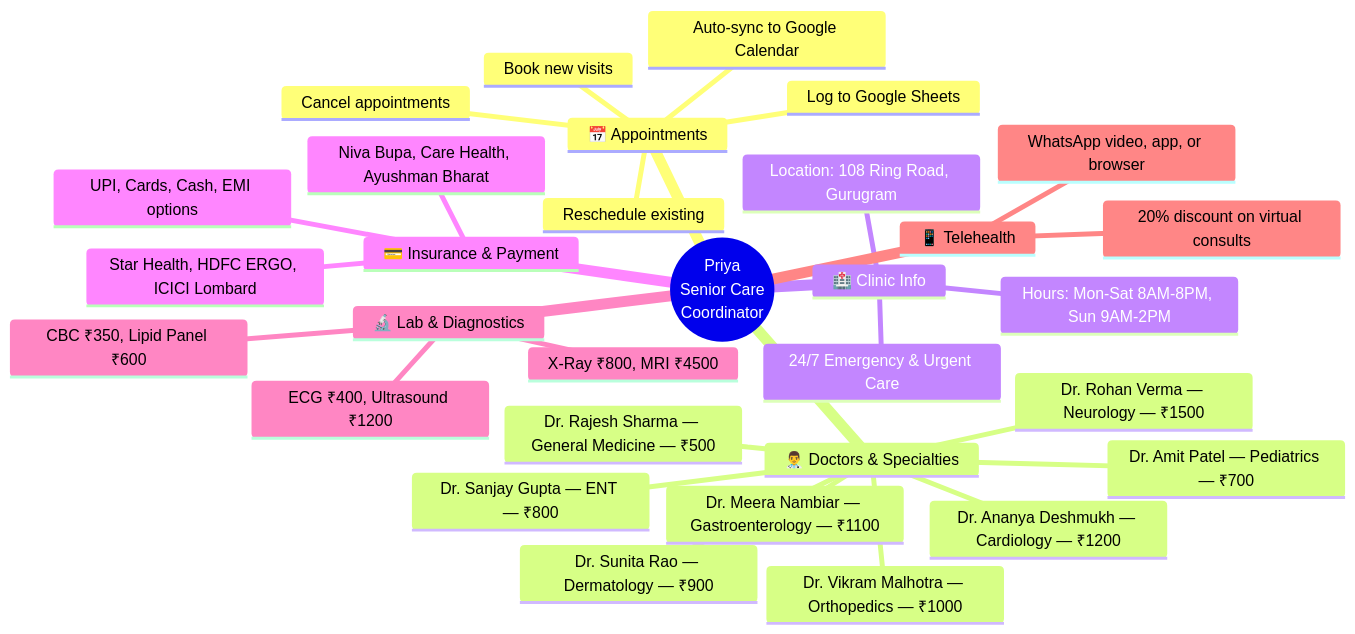
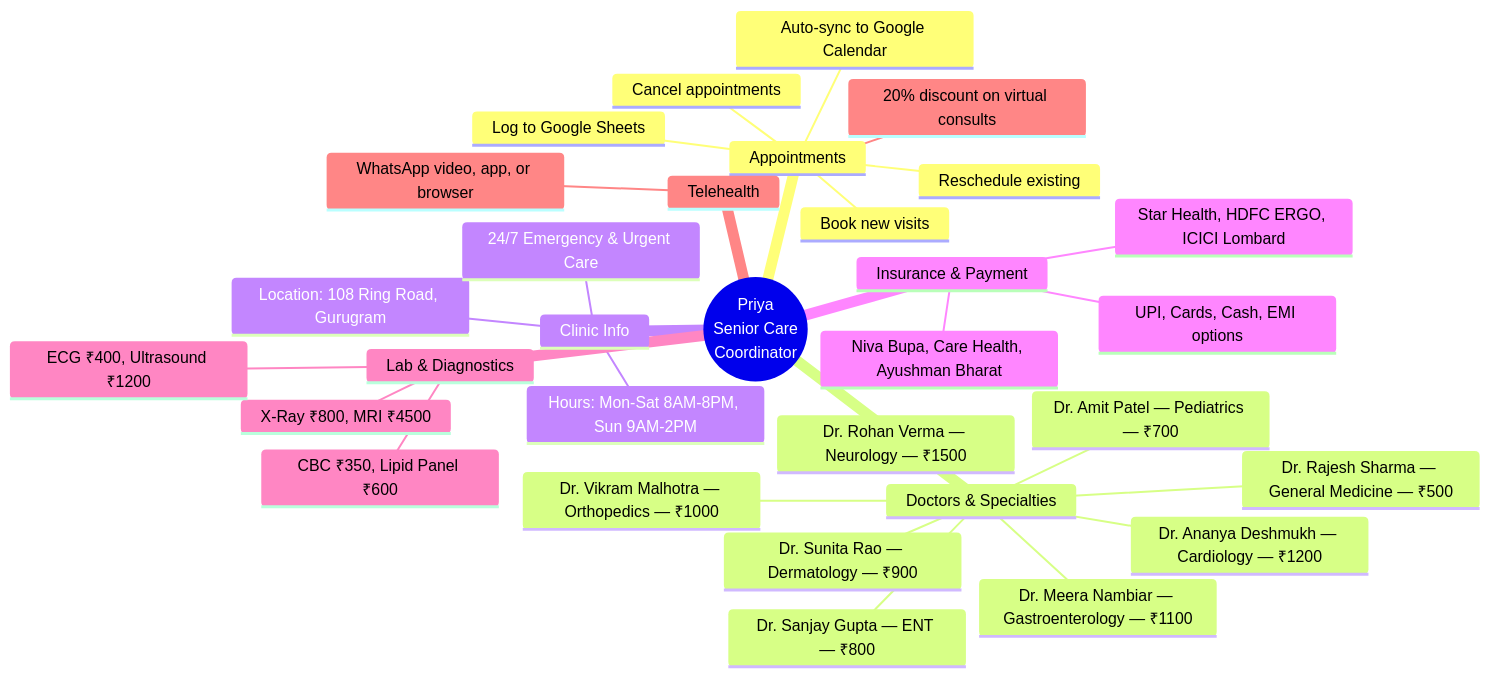
The fifth of 7 diagrams in README.md (MaanasVerma25/Booking-voice), drawn with Mermaid before and after one commit. The commit also changed other lines of this file, not shown here.

````diff
--- a/README.md
+++ b/README.md
@@ -488,34 +488,34 @@
 ```mermaid
 mindmap
   root((Priya<br/>Senior Care<br/>Coordinator))
-    📅 Appointments
+     Appointments
       Book new visits
       Reschedule existing
       Cancel appointments
       Auto-sync to Google Calendar
       Log to Google Sheets
-    👨‍⚕️ Doctors & Specialties
+     Doctors & Specialties
       Dr. Rajesh Sharma — General Medicine — ₹500
       Dr. Ananya Deshmukh — Cardiology — ₹1200
       Dr. Amit Patel — Pediatrics — ₹700
       Dr. Sunita Rao — Dermatology — ₹900
       Dr. Vikram Malhotra — Orthopedics — ₹1000
       Dr. Rohan Verma — Neurology — ₹1500
       Dr. Meera Nambiar — Gastroenterology — ₹1100
       Dr. Sanjay Gupta — ENT — ₹800
-    🏥 Clinic Info
+     Clinic Info
       Hours: Mon-Sat 8AM-8PM, Sun 9AM-2PM
       Location: 108 Ring Road, Gurugram
       24/7 Emergency & Urgent Care
-    💳 Insurance & Payment
+     Insurance & Payment
       Star Health, HDFC ERGO, ICICI Lombard
       Niva Bupa, Care Health, Ayushman Bharat
       UPI, Cards, Cash, EMI options
-    🔬 Lab & Diagnostics
+     Lab & Diagnostics
       CBC ₹350, Lipid Panel ₹600
       X-Ray ₹800, MRI ₹4500
       ECG ₹400, Ultrasound ₹1200
-    📱 Telehealth
+     Telehealth
       20% discount on virtual consults
       WhatsApp video, app, or browser
 ```
````
